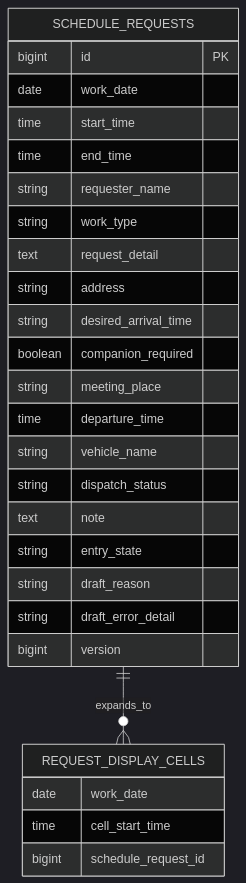
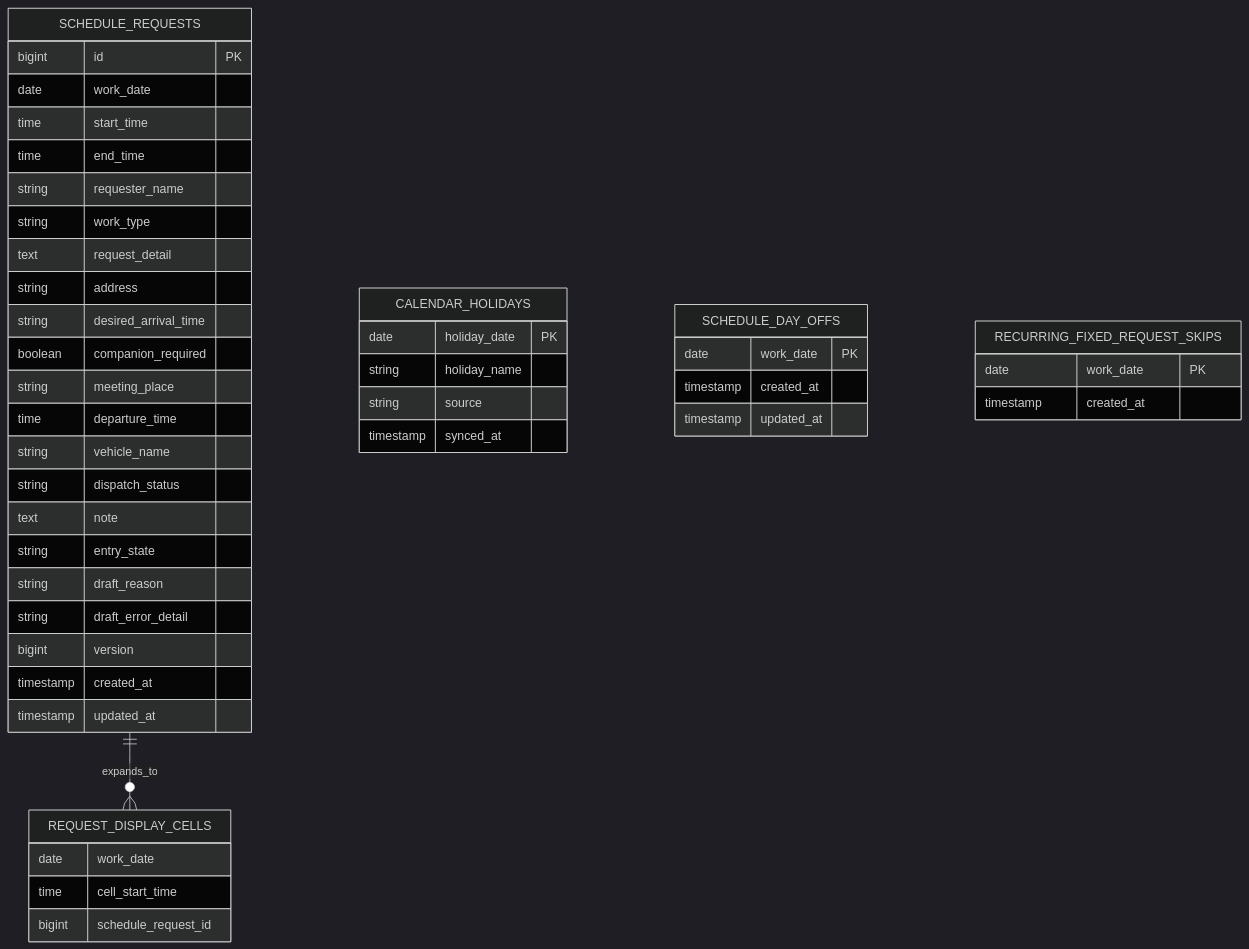
The diagram in docs/database-design.md (yuya-dev-dev/schedule-system), drawn with Mermaid (dark theme) before and after one commit. The commit also changed other lines of this file and 10 other files, not shown here.

````diff
--- a/docs/database-design.md
+++ b/docs/database-design.md
@@ -11,33 +11,53 @@
 ```mermaid
 erDiagram
     SCHEDULE_REQUESTS ||--o{ REQUEST_DISPLAY_CELLS : expands_to
 
     SCHEDULE_REQUESTS {
         bigint id PK
         date work_date
         time start_time
         time end_time
         string requester_name
         string work_type
         text request_detail
         string address
         string desired_arrival_time
         boolean companion_required
         string meeting_place
         time departure_time
         string vehicle_name
         string dispatch_status
         text note
         string entry_state
         string draft_reason
         string draft_error_detail
         bigint version
+        timestamp created_at
+        timestamp updated_at
+    }
+
+    CALENDAR_HOLIDAYS {
+        date holiday_date PK
+        string holiday_name
+        string source
+        timestamp synced_at
+    }
+
+    SCHEDULE_DAY_OFFS {
+        date work_date PK
+        timestamp created_at
+        timestamp updated_at
+    }
+
+    RECURRING_FIXED_REQUEST_SKIPS {
+        date work_date PK
+        timestamp created_at
     }
 
     REQUEST_DISPLAY_CELLS {
         date work_date
         time cell_start_time
         bigint schedule_request_id
     }
 
 ```
````
